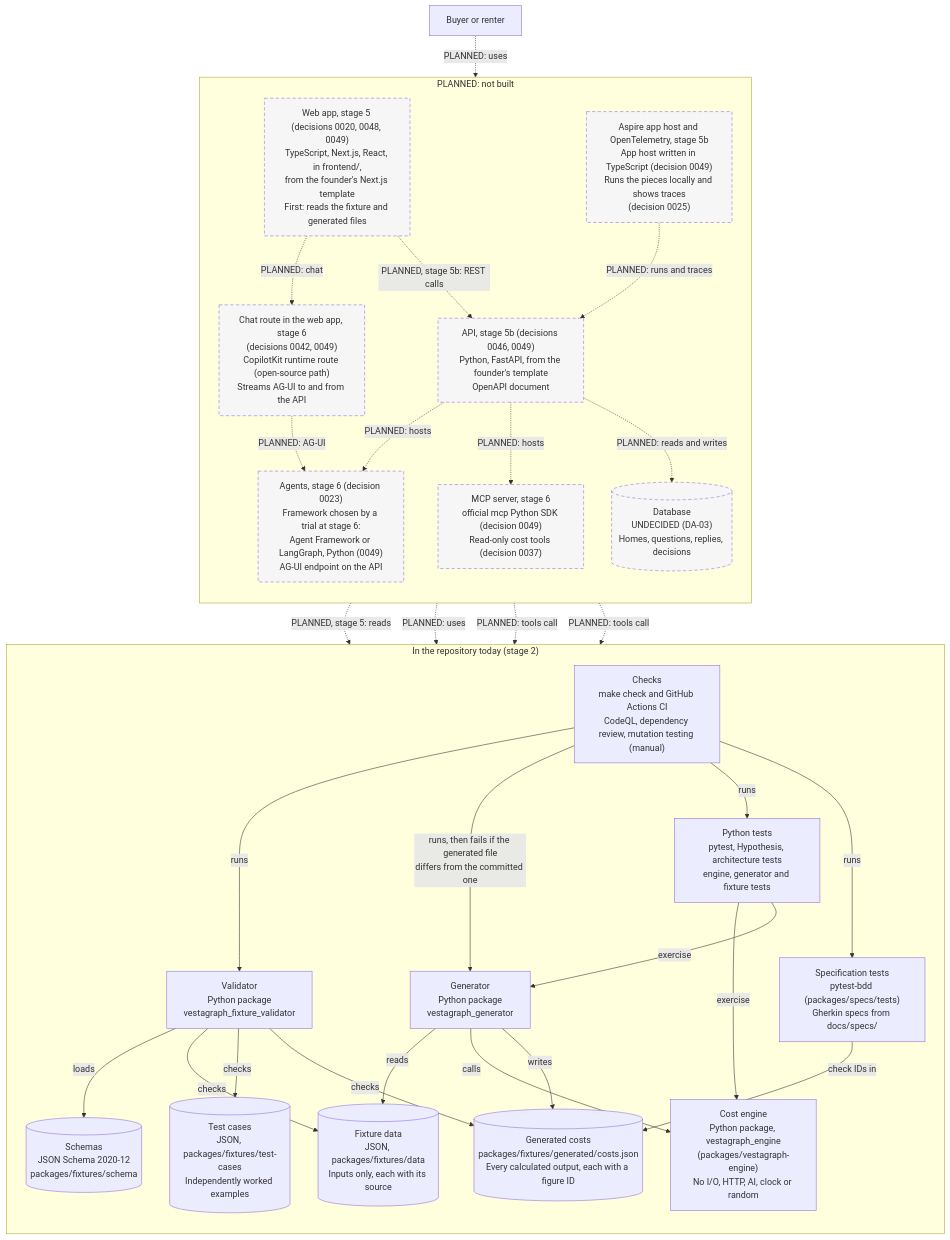
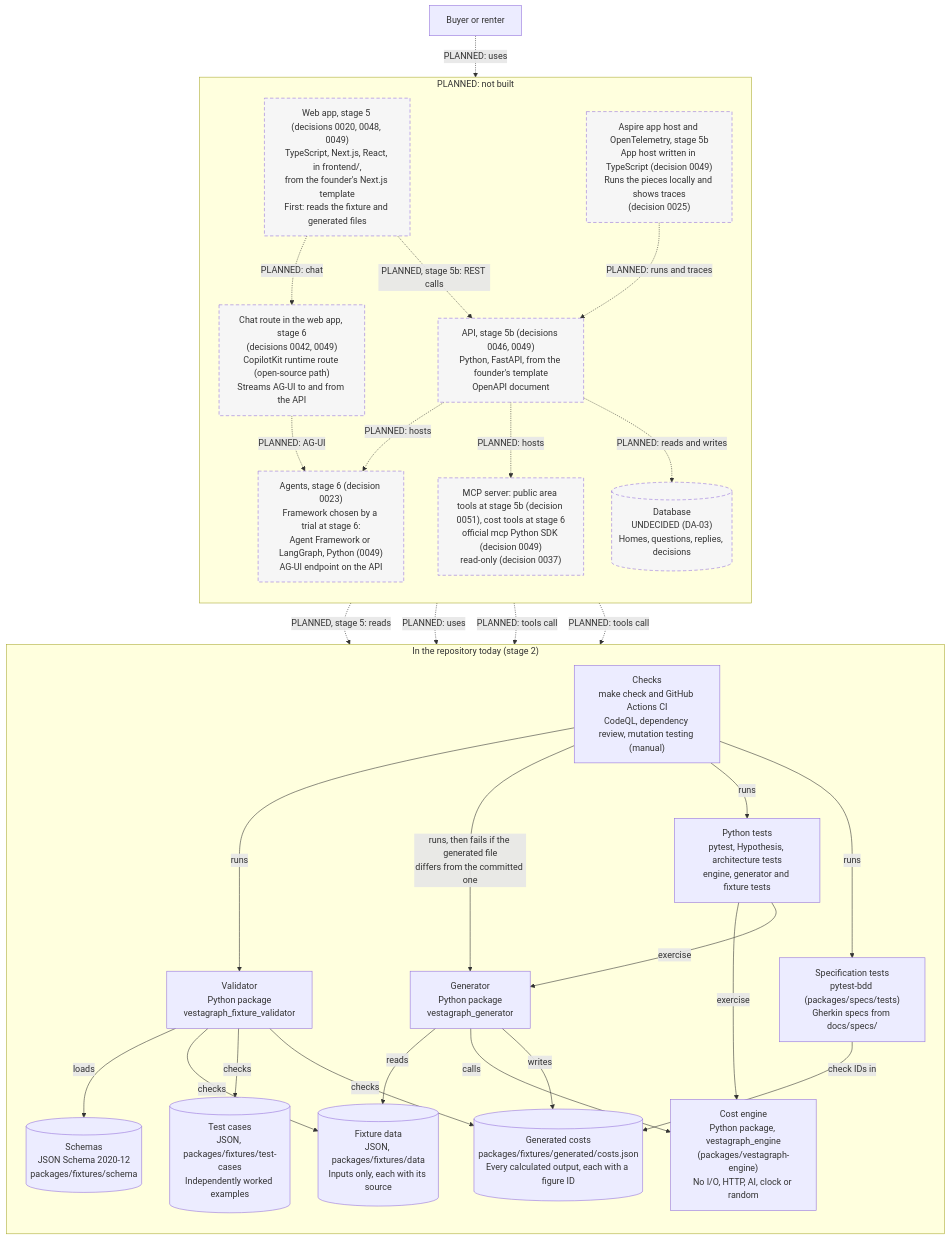
One commit to olaheavy-dev/homescout-platform changed the second of 2 diagrams in docs/architecture/README.md. Above: the diagram before and after it, drawn with Mermaid. The commit also changed other lines of this file and 13 other files, not shown here.

Commit message:
docs: review fixes — PD-15, 0014 change recorded, opt-in recent postcodes, Report a problem storage, stale stage 6 statements; decision 0052 pilot-only gate

````diff
--- a/docs/architecture/README.md
+++ b/docs/architecture/README.md
@@ -47,60 +47,60 @@
 ```mermaid
 flowchart TB
     user["Buyer or renter"]
 
     subgraph today["In the repository today (stage 2)"]
         direction TB
         data[("Fixture data<br/>JSON, packages/fixtures/data<br/>Inputs only, each with its source")]
         schema[("Schemas<br/>JSON Schema 2020-12<br/>packages/fixtures/schema")]
         cases[("Test cases<br/>JSON, packages/fixtures/test-cases<br/>Independently worked examples")]
         engine["Cost engine<br/>Python package, vestagraph_engine<br/>(packages/vestagraph-engine)<br/>No I/O, HTTP, AI, clock or random"]
         generator["Generator<br/>Python package<br/>vestagraph_generator"]
         generated[("Generated costs<br/>packages/fixtures/generated/costs.json<br/>Every calculated output, each with a figure ID")]
         validator["Validator<br/>Python package<br/>vestagraph_fixture_validator"]
         tests["Python tests<br/>pytest, Hypothesis, architecture tests<br/>engine, generator and fixture tests"]
         specs["Specification tests<br/>pytest-bdd (packages/specs/tests)<br/>Gherkin specs from docs/specs/"]
         ci["Checks<br/>make check and GitHub Actions CI<br/>CodeQL, dependency review, mutation testing (manual)"]
     end
 
     subgraph later["PLANNED: not built"]
         direction TB
         web["Web app, stage 5 (decisions 0020, 0048, 0049)<br/>TypeScript, Next.js, React, in frontend/,<br/>from the founder's Next.js template<br/>First: reads the fixture and generated files"]
         api["API, stage 5b (decisions 0046, 0049)<br/>Python, FastAPI, from the founder's template<br/>OpenAPI document"]
-        mcp["MCP server, stage 6<br/>official mcp Python SDK (decision 0049)<br/>Read-only cost tools (decision 0037)"]
+        mcp["MCP server: public area tools at stage 5b (decision 0051), cost tools at stage 6<br/>official mcp Python SDK (decision 0049)<br/>read-only (decision 0037)"]
         agents["Agents, stage 6 (decision 0023)<br/>Framework chosen by a trial at stage 6:<br/>Agent Framework or LangGraph, Python (0049)<br/>AG-UI endpoint on the API"]
         copilot["Chat route in the web app, stage 6<br/>(decisions 0042, 0049)<br/>CopilotKit runtime route (open-source path)<br/>Streams AG-UI to and from the API"]
         aspire["Aspire app host and OpenTelemetry, stage 5b<br/>App host written in TypeScript (decision 0049)<br/>Runs the pieces locally and shows traces<br/>(decision 0025)"]
         db[("Database<br/>UNDECIDED (DA-03)<br/>Homes, questions, replies, decisions")]
     end
 
     generator -->|reads| data
     generator -->|calls| engine
     generator -->|writes| generated
     validator -->|loads| schema
     validator -->|checks| data
     validator -->|checks| cases
     validator -->|checks| generated
     tests -->|exercise| engine
     tests -->|exercise| generator
     specs -->|check IDs in| generated
     ci -->|runs| validator
     ci -->|"runs, then fails if the generated file<br/>differs from the committed one"| generator
     ci -->|runs| tests
     ci -->|runs| specs
 
     user -.->|"PLANNED: uses"| web
     web -.->|"PLANNED, stage 5: reads"| generated
     web -.->|"PLANNED, stage 5b: REST calls"| api
     web -.->|"PLANNED: chat"| copilot
     copilot -.->|"PLANNED: AG-UI"| agents
     api -.->|"PLANNED: uses"| engine
     api -.->|"PLANNED: hosts"| mcp
     api -.->|"PLANNED: hosts"| agents
     agents -.->|"PLANNED: tools call"| engine
     mcp -.->|"PLANNED: tools call"| engine
     api -.->|"PLANNED: reads and writes"| db
     aspire -.->|"PLANNED: runs and traces"| api
 
     classDef planned stroke-dasharray: 6 4,fill:#f6f6f6,color:#333
     class web,api,mcp,agents,copilot,aspire,db planned
 ```
````
